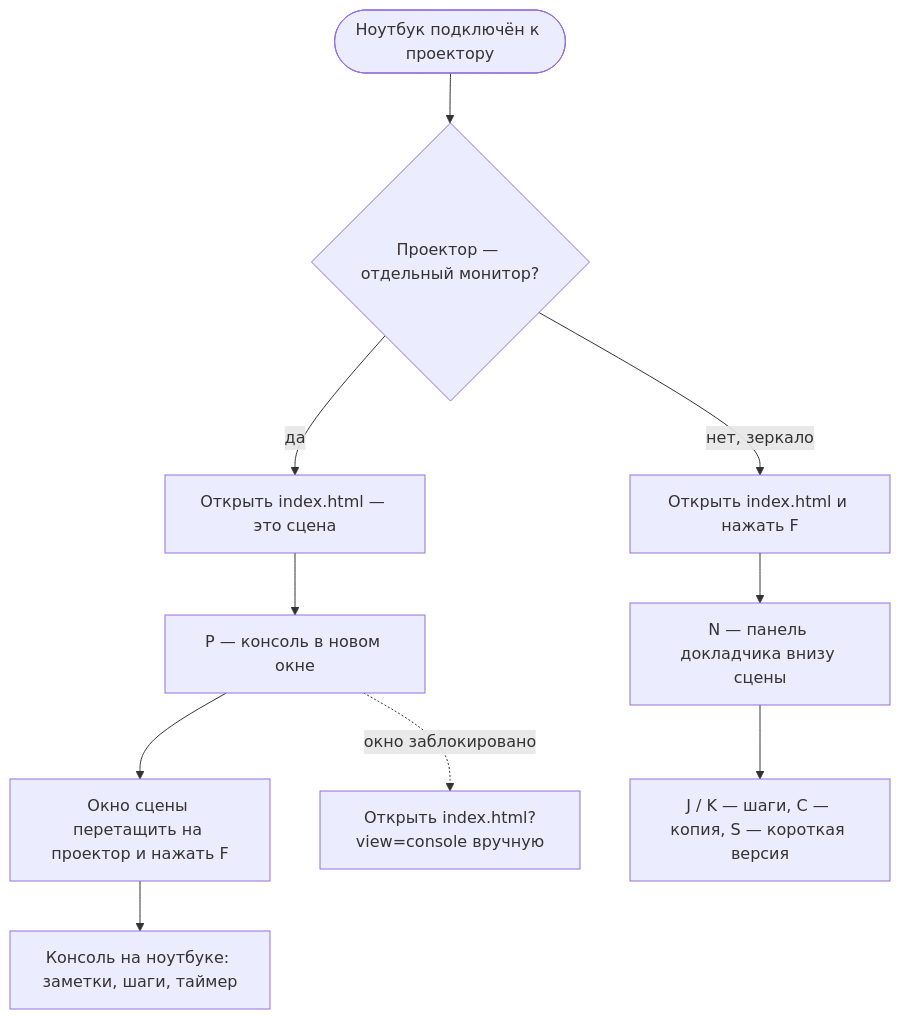
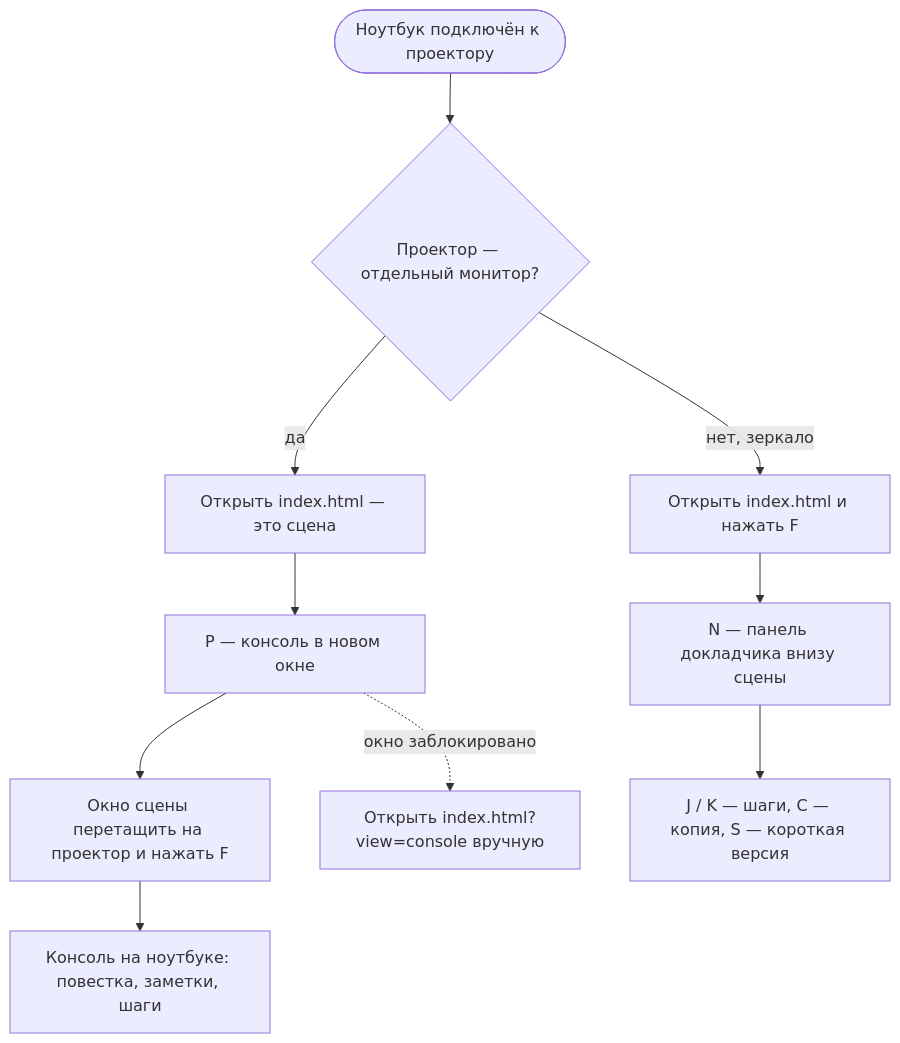
The diagram in docs/guide/ru/usage.md (Fedoseew/jmix-demo-runbook), drawn with Mermaid before and after one commit. The commit also changed other lines of this file and 24 other files, not shown here.

````diff
--- a/docs/guide/ru/usage.md
+++ b/docs/guide/ru/usage.md
@@ -26,12 +26,12 @@
 ```mermaid
 flowchart TD
   start([Ноутбук подключён к проектору]) --> q{Проектор — отдельный монитор?}
   q -- да --> s1[Открыть index.html — это сцена]
   s1 --> s2[P — консоль в новом окне]
   s2 --> s3[Окно сцены перетащить на проектор и нажать F]
-  s3 --> s4[Консоль на ноутбуке: заметки, шаги, таймер]
+  s3 --> s4[Консоль на ноутбуке: повестка, заметки, шаги]
   q -- нет, зеркало --> m1[Открыть index.html и нажать F]
   m1 --> m2[N — панель докладчика внизу сцены]
   m2 --> m3[J / K — шаги, C — копия, S — короткая версия]
   s2 -. окно заблокировано .-> s5[Открыть index.html?view=console вручную]
 ```
````
